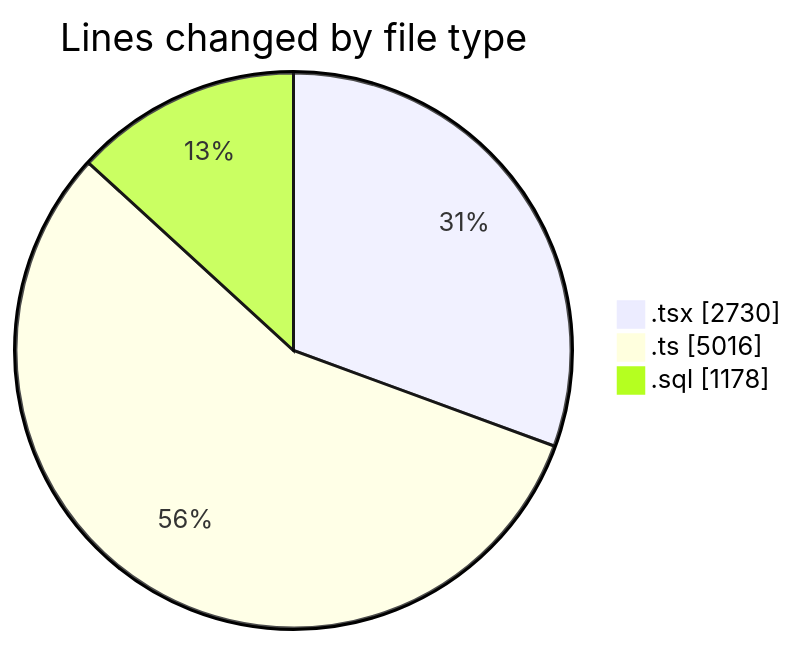
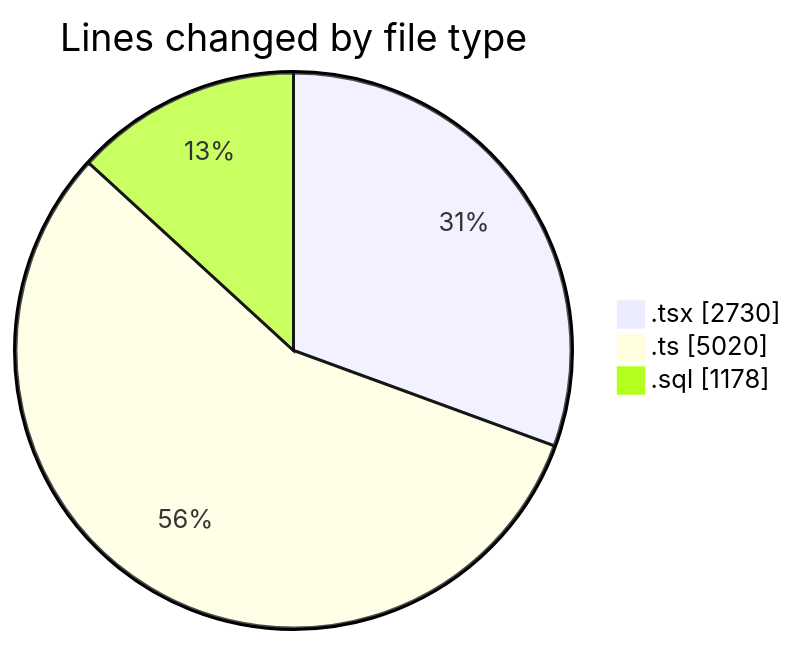
Before and after one commit to lephambinh05/code-tracking: the first of 2 diagrams in 2025-09-05/hiai-phf/README.md, drawn with Mermaid. The commit also changed other lines of this file and 1 other file, not shown here.

````diff
--- a/2025-09-05/hiai-phf/README.md
+++ b/2025-09-05/hiai-phf/README.md
@@ -75,7 +75,7 @@
 ```mermaid
 pie showData
 title Lines changed by file type
 ".tsx" : 2730
-".ts" : 5016
+".ts" : 5020
 ".sql" : 1178
 ```
````
